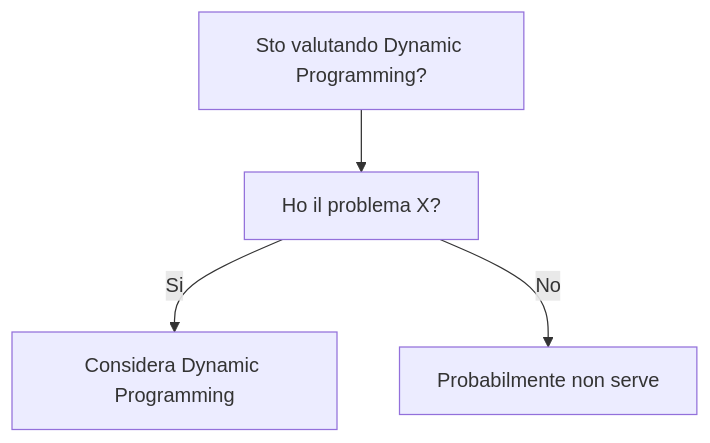
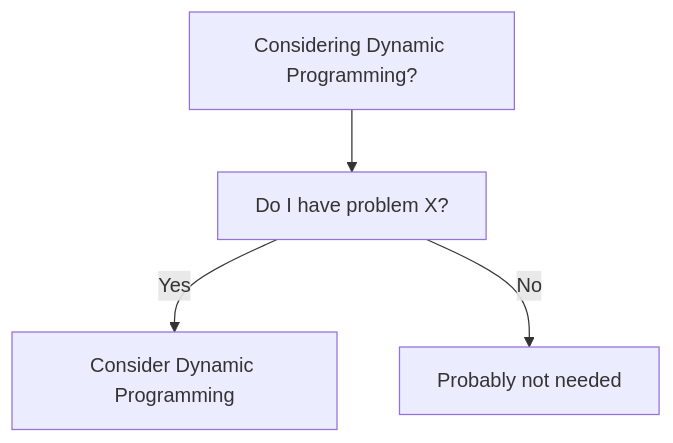
The diagram in dev-wiki/15_Algorithms_DataStructures/Dynamic_Programming/When_To_Use.md (HxT9/Software-Dev-Wiki), drawn with Mermaid before and after one commit. The commit also changed other lines of this file and 3444 other files, not shown here.

````diff
--- a/dev-wiki/15_Algorithms_DataStructures/Dynamic_Programming/When_To_Use.md
+++ b/dev-wiki/15_Algorithms_DataStructures/Dynamic_Programming/When_To_Use.md
@@ -19,6 +19,6 @@
 ```mermaid
 flowchart TD
-  Q[Sto valutando Dynamic Programming?] --> Q1[Ho il problema X?]
-  Q1 -->|Si| OK[Considera Dynamic Programming]
-  Q1 -->|No| NO[Probabilmente non serve]
+  Q[Considering Dynamic Programming?] --> Q1[Do I have problem X?]
+  Q1 -->|Yes| OK[Consider Dynamic Programming]
+  Q1 -->|No| NO[Probably not needed]
 ```
````
